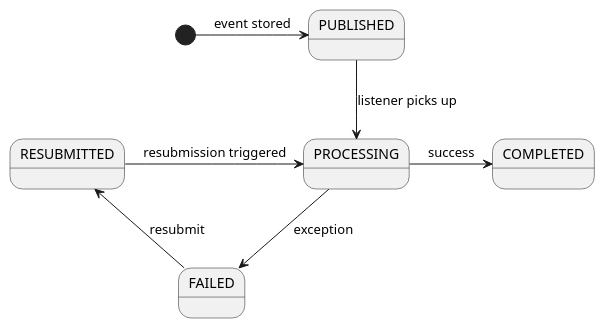
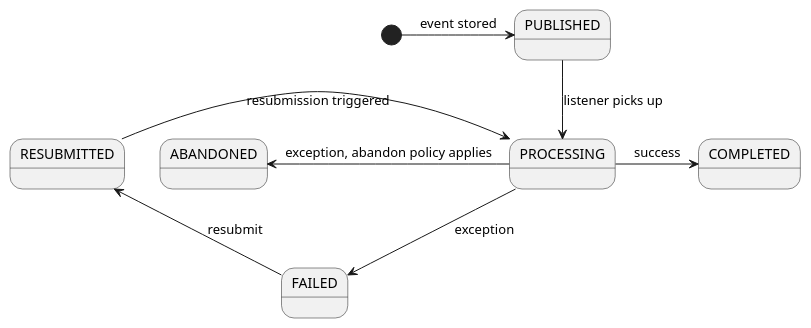
One commit to spring-projects/spring-modulith changed the diagram in src/docs/antora/modules/ROOT/pages/events.adoc. Above: the diagram before and after it, drawn with PlantUML. The commit also changed other lines of this file and 27 other files, not shown here.

```diff
--- a/src/docs/antora/modules/ROOT/pages/events.adoc
+++ b/src/docs/antora/modules/ROOT/pages/events.adoc
@@ -233,17 +234,19 @@
 [plantuml, event-publication-lifecycle, format='svg']
 ....
 @startuml
 state PUBLISHED
 state PROCESSING
 state COMPLETED
 state FAILED
 state RESUBMITTED
+state ABANDONED
 
 [*] -right-> PUBLISHED : event stored
 PUBLISHED -down-> PROCESSING : listener picks up
 PROCESSING -right-> COMPLETED : success
 PROCESSING -down-> FAILED : exception
+PROCESSING -left-> ABANDONED : exception, abandon policy applies
 FAILED -left-> RESUBMITTED : resubmit
 RESUBMITTED -right-> PROCESSING : resubmission triggered
 @enduml
 ....
```
